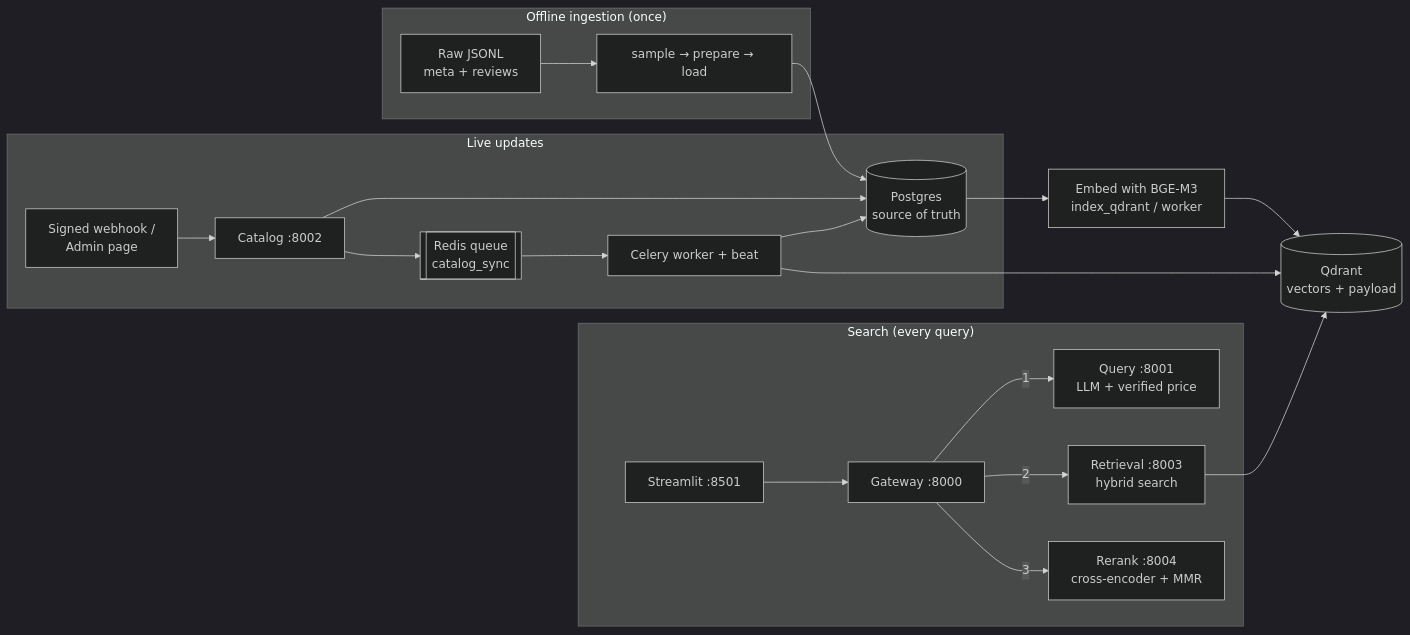
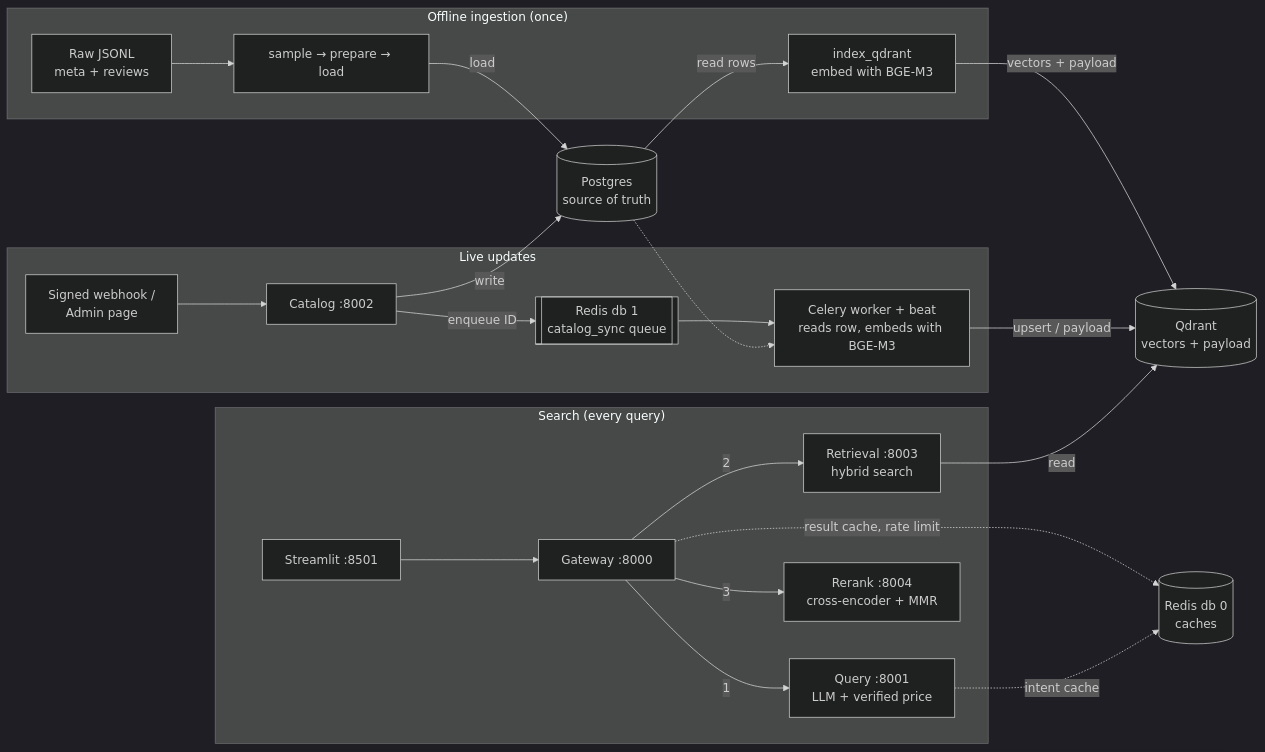
Before and after one commit to Sankar2603/FashionProdapt: the diagram in Readme.md, drawn with Mermaid (dark theme).

Commit message:
updated readme v2 arch diagram

````diff
--- a/Readme.md
+++ b/Readme.md
@@ -23,26 +23,27 @@
 ```mermaid
 flowchart LR
     subgraph Offline["Offline ingestion (once)"]
         RAW[Raw JSONL<br/>meta + reviews] --> ING[sample → prepare → load]
+        IDX[index_qdrant<br/>embed with BGE-M3]
     end
-    ING --> PG[(Postgres<br/>source of truth)]
-    PG --> EMB[Embed with BGE-M3<br/>index_qdrant / worker]
-    EMB --> QD[(Qdrant<br/>vectors + payload)]
-
     subgraph Live["Live updates"]
         SELLER[Signed webhook /<br/>Admin page] --> CAT[Catalog :8002]
-        CAT --> PG
-        CAT --> Q[[Redis queue<br/>catalog_sync]]
-        Q --> W[Celery worker + beat]
+        CAT -->|enqueue ID| Q[[Redis db 1<br/>catalog_sync queue]]
+        Q --> W[Celery worker + beat<br/>reads row, embeds with BGE-M3]
     end
-    W --> PG
-    W --> QD
-
     subgraph Search["Search (every query)"]
         UI[Streamlit :8501] --> GW[Gateway :8000]
         GW -->|1| QS[Query :8001<br/>LLM + verified price]
         GW -->|2| RET[Retrieval :8003<br/>hybrid search]
         GW -->|3| RR[Rerank :8004<br/>cross-encoder + MMR]
     end
-    RET --> QD
+    ING -->|load| PG[(Postgres<br/>source of truth)]
+    CAT -->|write| PG
+    PG -->|read rows| IDX
+    PG -.-> W
+    IDX -->|vectors + payload| QD[(Qdrant<br/>vectors + payload)]
+    W -->|upsert / payload| QD
+    RET -->|read| QD
+    GW -.->|result cache, rate limit| RC[(Redis db 0<br/>caches)]
+    QS -.->|intent cache| RC
 ```
````
